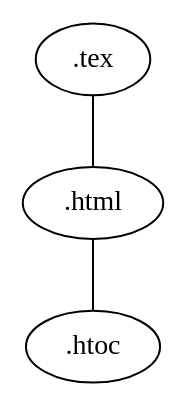
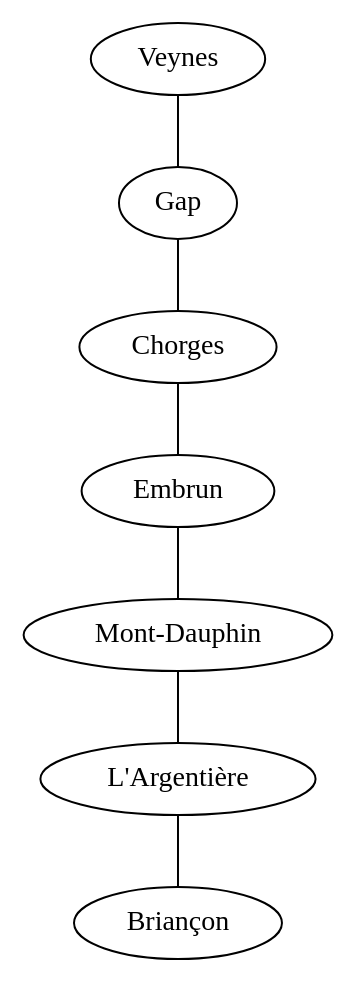
The fourth of 4 diagrams in graph.rst (Naereen/web-sphinx), drawn with Graphviz before and after one commit. The commit also changed other lines of this file and 3 other files, not shown here.

```diff
--- a/graph.rst
+++ b/graph.rst
@@ -58,3 +64,3 @@
-.. graph:: hevea
+.. graph:: alpes
 
-   ".tex" -- ".html" -- ".htoc";
+   "Veynes" -- "Gap" -- "Chorges" -- "Embrun" -- "Mont-Dauphin" -- "L'Argentière" -- "Briançon";
```
